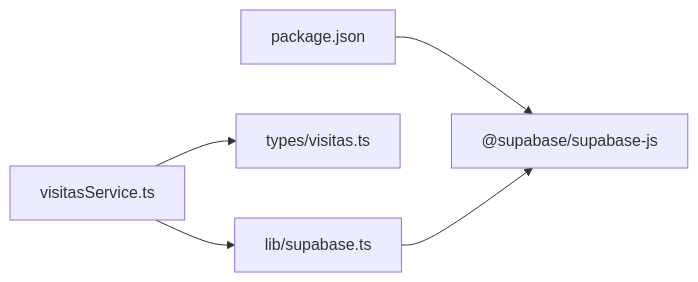
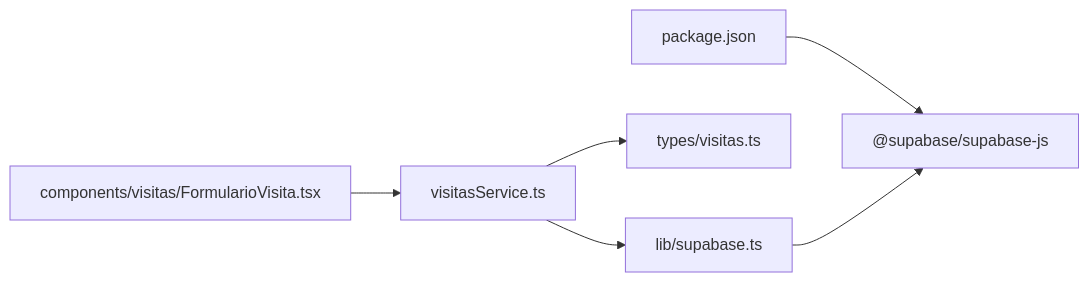
Before and after one commit to AgusCatra/simu-twin-web: the fourth of 4 diagrams in .qoder/repowiki/en/content/Core Services & Business Logic/Core Services & Business Logic.md, drawn with Mermaid. The commit also changed other lines of this file and 4 other files, not shown here.

````diff
--- a/.qoder/repowiki/en/content/Core Services & Business Logic/Core Services & Business Logic.md
+++ b/.qoder/repowiki/en/content/Core Services & Business Logic/Core Services & Business Logic.md
@@ -207,12 +342,14 @@
 ```mermaid
 graph LR
 P["package.json"]
 SB["@supabase/supabase-js"]
 VS["visitasService.ts"]
 TS["types/visitas.ts"]
 SC["lib/supabase.ts"]
+FC["components/visitas/FormularioVisita.tsx"]
 P --> SB
 VS --> TS
 VS --> SC
+FC --> VS
 SC --> SB
 ```
````
